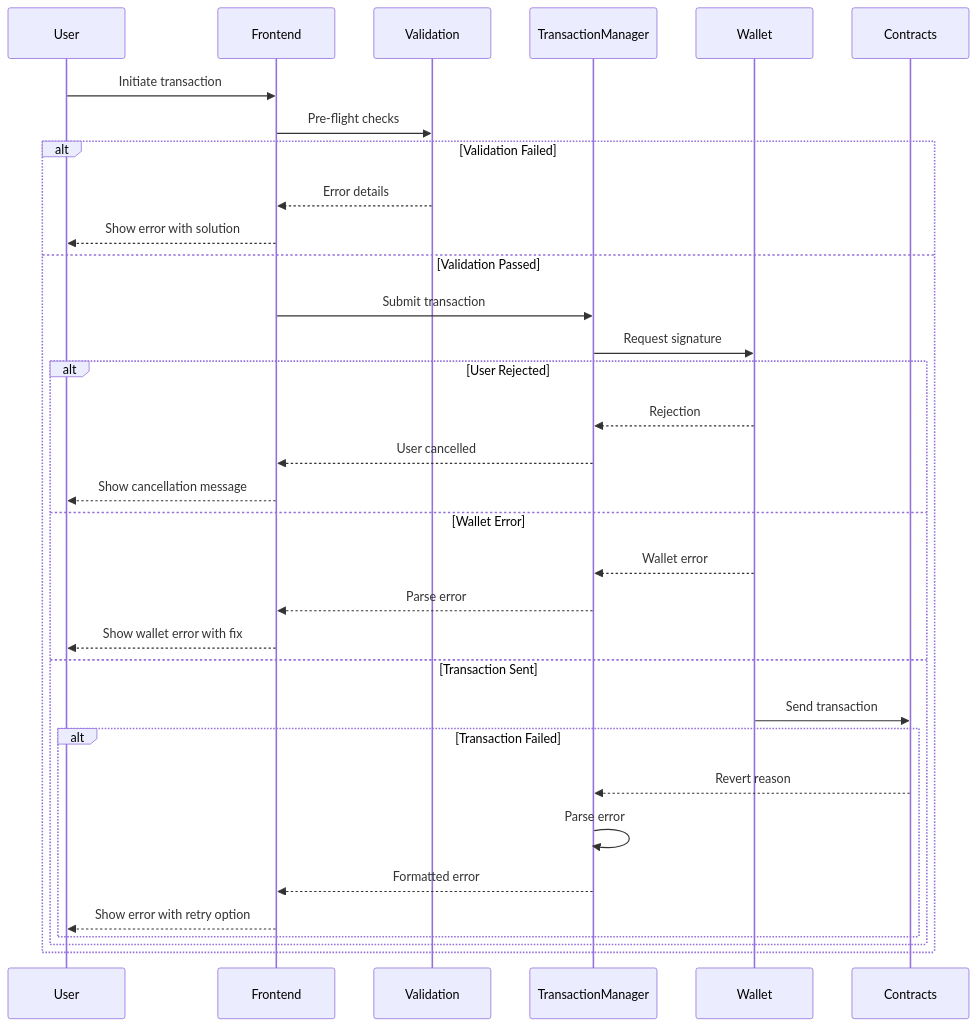
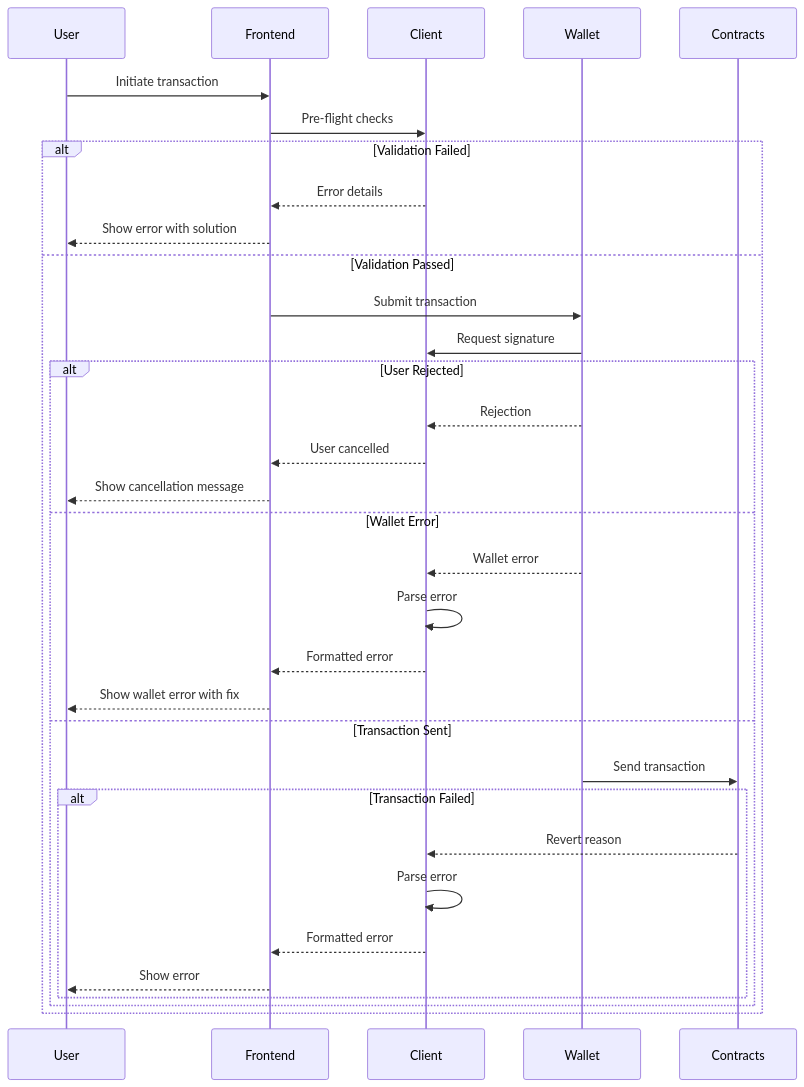
Diagram 13 of 15 in project-stories-breakdown-reorganized.md (dydxprotocol/v4-web), drawn with Mermaid before and after one commit. The commit also changed other lines of this file, not shown here.

Commit message:
docs(arch): Update user stories for correctness and clarity

````diff
--- a/project-stories-breakdown-reorganized.md
+++ b/project-stories-breakdown-reorganized.md
@@ -1805,38 +1529,38 @@
 ```mermaid
 sequenceDiagram
     participant User
     participant Frontend
-    participant Validation
-    participant TransactionManager
+    participant Client
     participant Wallet
     participant Contracts
     
     User->>Frontend: Initiate transaction
-    Frontend->>Validation: Pre-flight checks
+    Frontend->>Client: Pre-flight checks
     
     alt Validation Failed
-        Validation-->>Frontend: Error details
+        Client-->>Frontend: Error details
         Frontend-->>User: Show error with solution
     else Validation Passed
-        Frontend->>TransactionManager: Submit transaction
-        TransactionManager->>Wallet: Request signature
+        Frontend->>Wallet: Submit transaction
+        Wallet->>Client: Request signature
         
         alt User Rejected
-            Wallet-->>TransactionManager: Rejection
-            TransactionManager-->>Frontend: User cancelled
+            Wallet-->>Client: Rejection
+            Client-->>Frontend: User cancelled
             Frontend-->>User: Show cancellation message
         else Wallet Error
-            Wallet-->>TransactionManager: Wallet error
-            TransactionManager-->>Frontend: Parse error
+            Wallet-->>Client: Wallet error
+            Client->>Client: Parse error
+            Client-->>Frontend: Formatted error
             Frontend-->>User: Show wallet error with fix
         else Transaction Sent
             Wallet->>Contracts: Send transaction
             alt Transaction Failed
-                Contracts-->>TransactionManager: Revert reason
-                TransactionManager->>TransactionManager: Parse error
-                TransactionManager-->>Frontend: Formatted error
-                Frontend-->>User: Show error with retry option
+                Contracts-->>Client: Revert reason
+                Client->>Client: Parse error
+                Client-->>Frontend: Formatted error
+                Frontend-->>User: Show error
             end
         end
     end
 ```
````
